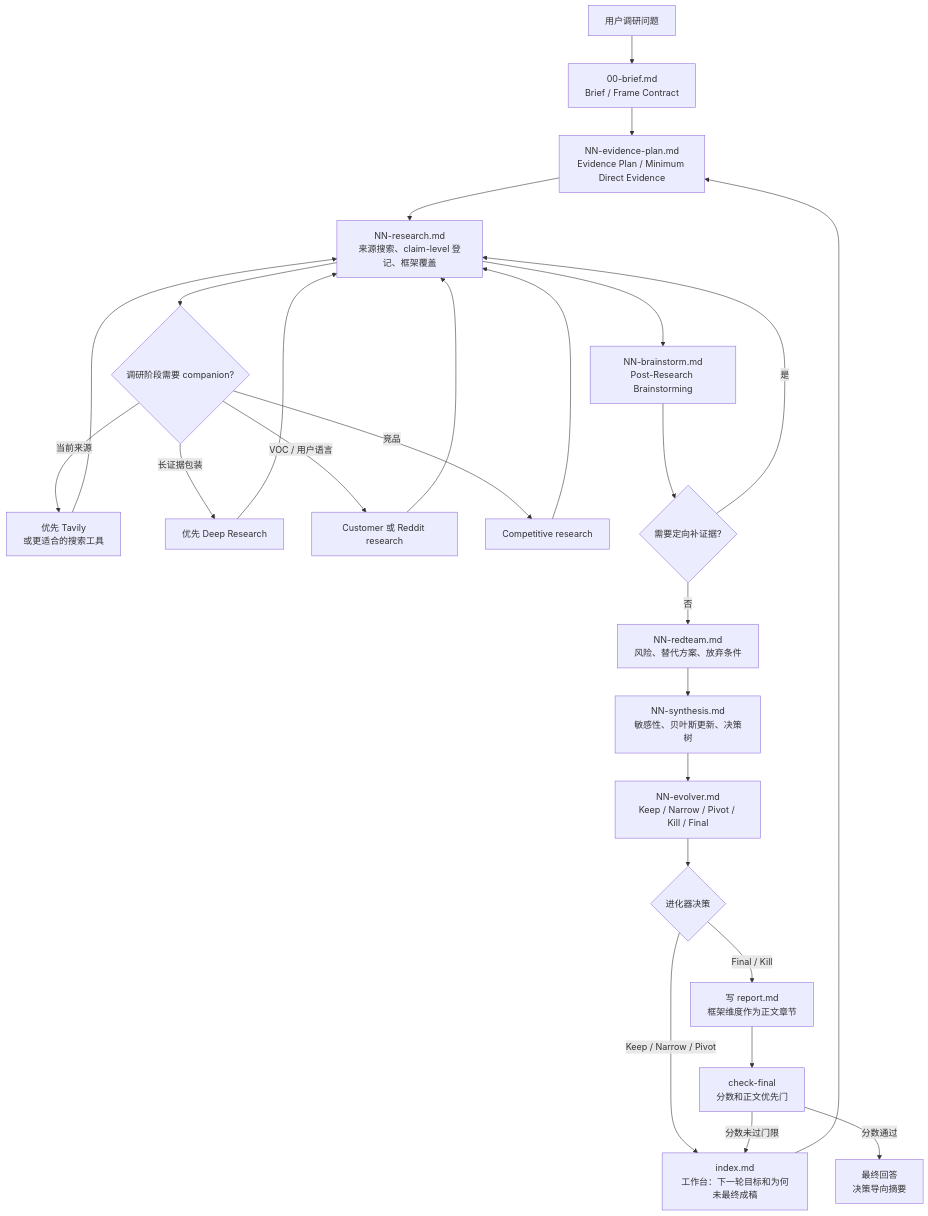
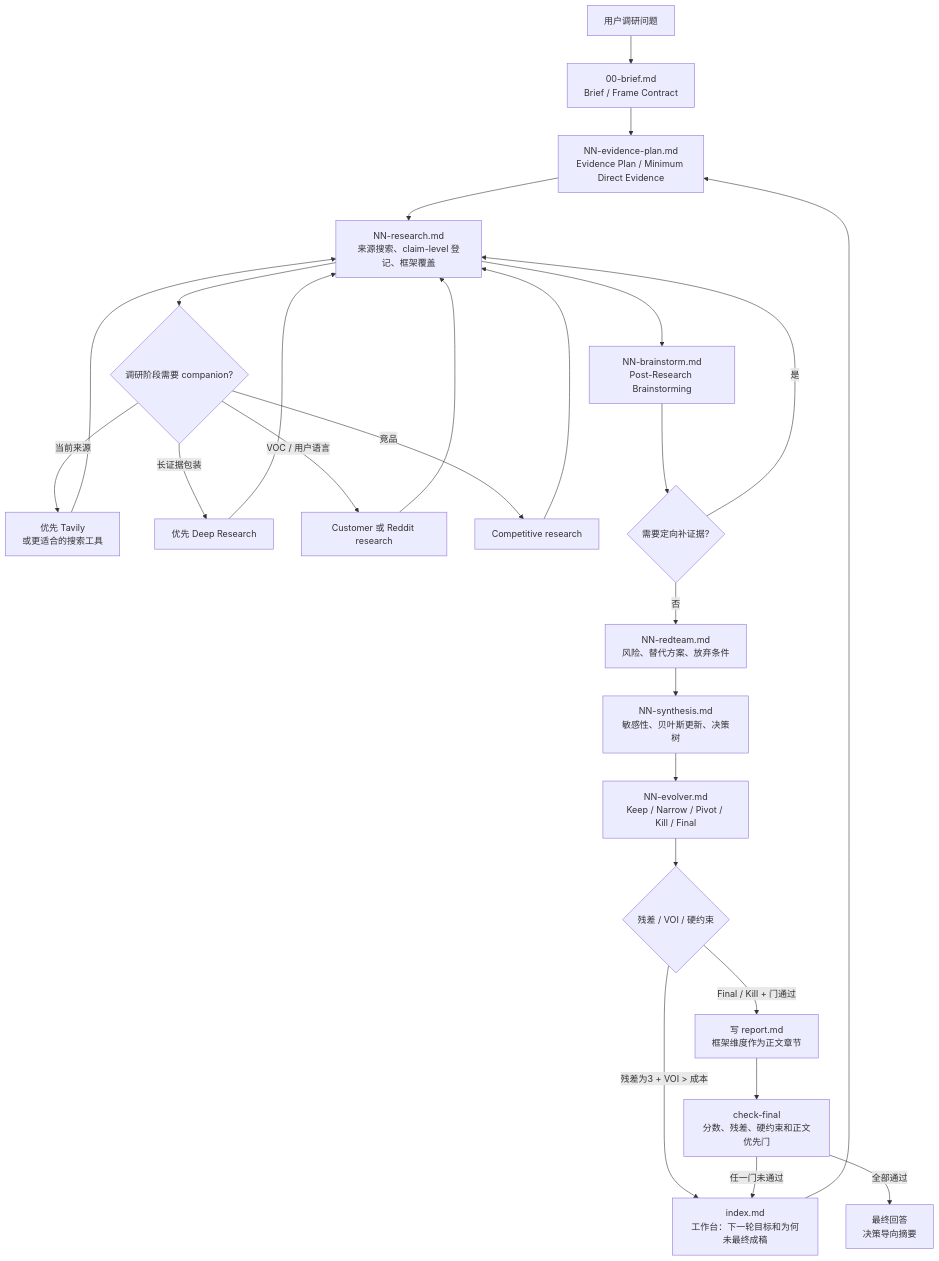
One commit to GoatGit/super-survey changed the diagram in README.zh-CN.md. Above: the diagram before and after it, drawn with Mermaid. The commit also changed other lines of this file and 12 other files, not shown here.

````diff
--- a/README.zh-CN.md
+++ b/README.zh-CN.md
@@ -243,28 +246,28 @@
 ```mermaid
 flowchart TD
     A[用户调研问题] --> B[00-brief.md<br/>Brief / Frame Contract]
     B --> P[NN-evidence-plan.md<br/>Evidence Plan / Minimum Direct Evidence]
     P --> C[NN-research.md<br/>来源搜索、claim-level 登记、框架覆盖]
     C --> D{调研阶段需要 companion?}
     D -->|当前来源| D1[优先 Tavily<br/>或更适合的搜索工具]
     D -->|长证据包装| D2[优先 Deep Research]
     D -->|VOC / 用户语言| D3[Customer 或 Reddit research]
     D -->|竞品| D4[Competitive research]
     D1 --> C
     D2 --> C
     D3 --> C
     D4 --> C
     C --> E[NN-brainstorm.md<br/>Post-Research Brainstorming]
     E --> X{需要定向补证据?}
     X -->|是| C
     X -->|否| F[NN-redteam.md<br/>风险、替代方案、放弃条件]
     F --> G[NN-synthesis.md<br/>敏感性、贝叶斯更新、决策树]
     G --> H[NN-evolver.md<br/>Keep / Narrow / Pivot / Kill / Final]
-    H --> Q{进化器决策}
-    Q -->|Keep / Narrow / Pivot| I[index.md<br/>工作台：下一轮目标和为何未最终成稿]
+    H --> V{残差 / VOI / 硬约束}
+    V -->|残差为3 + VOI > 成本| I[index.md<br/>工作台：下一轮目标和为何未最终成稿]
     I --> P
-    Q -->|Final / Kill| J[写 report.md<br/>框架维度作为正文章节]
-    J --> R[check-final<br/>分数和正文优先门]
-    R -->|分数未过门限| I
-    R -->|分数通过| K[最终回答<br/>决策导向摘要]
+    V -->|Final / Kill + 门通过| J[写 report.md<br/>框架维度作为正文章节]
+    J --> R[check-final<br/>分数、残差、硬约束和正文优先门]
+    R -->|任一门未通过| I
+    R -->|全部通过| K[最终回答<br/>决策导向摘要]
 ```
````
